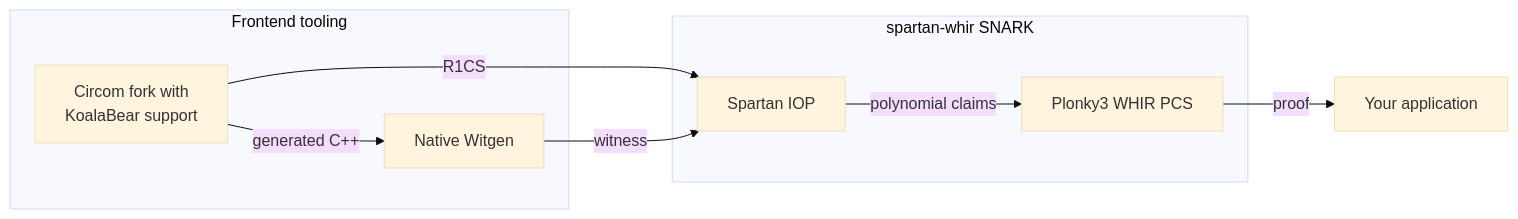
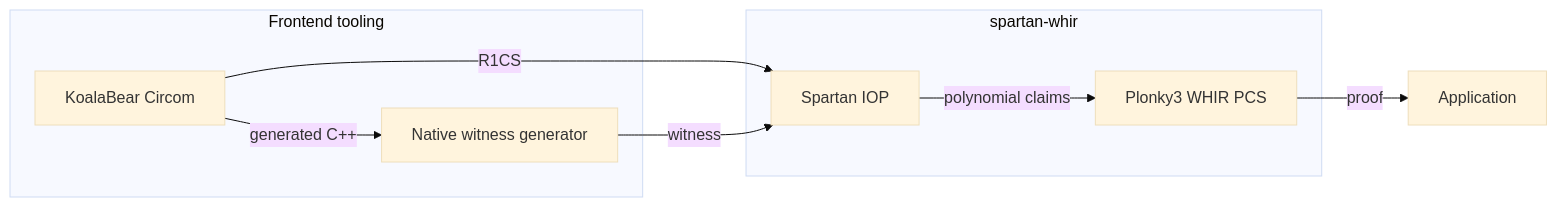
The diagram in README.md (alxkzmn/spartan-whir), drawn with Mermaid (base theme) before and after one commit. The commit also changed other lines of this file and 126 other files, not shown here.

````diff
--- a/README.md
+++ b/README.md
@@ -10,14 +7,14 @@
 ```mermaid
 flowchart LR
     subgraph F["Frontend tooling"]
-        C["Circom fork with<br/>KoalaBear support"] -->|"generated C++"| W["Native Witgen"]
+        C["KoalaBear Circom"] -->|"generated C++"| W["Native witness generator"]
     end
 
-    subgraph Z["spartan-whir SNARK"]
+    subgraph Z["spartan-whir"]
         S["Spartan IOP"] -->|"polynomial claims"| H["Plonky3 WHIR PCS"]
     end
 
     C -->|"R1CS"| S
     W -->|"witness"| S
-    H -->|"proof"| A["Your application"]
+    H -->|"proof"| A["Application"]
 ```
````
